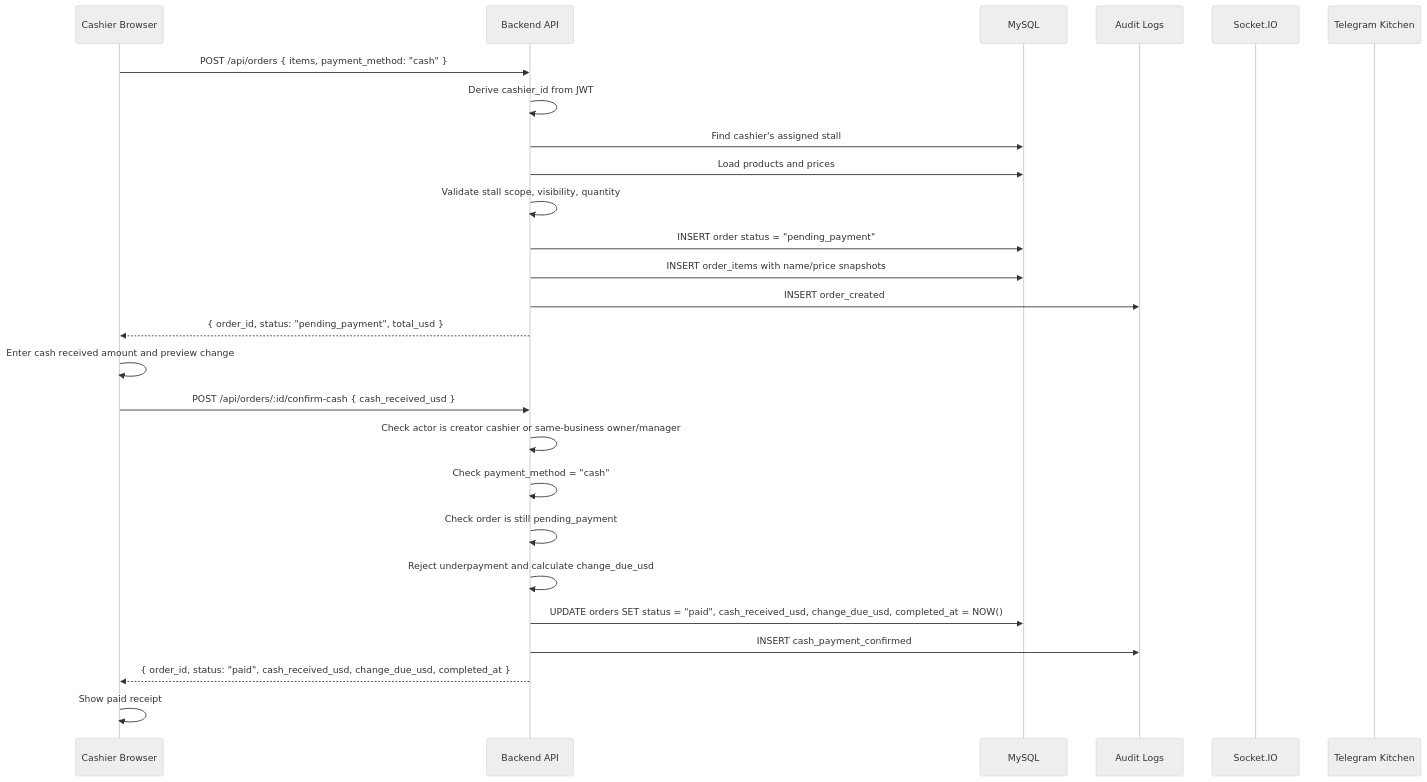
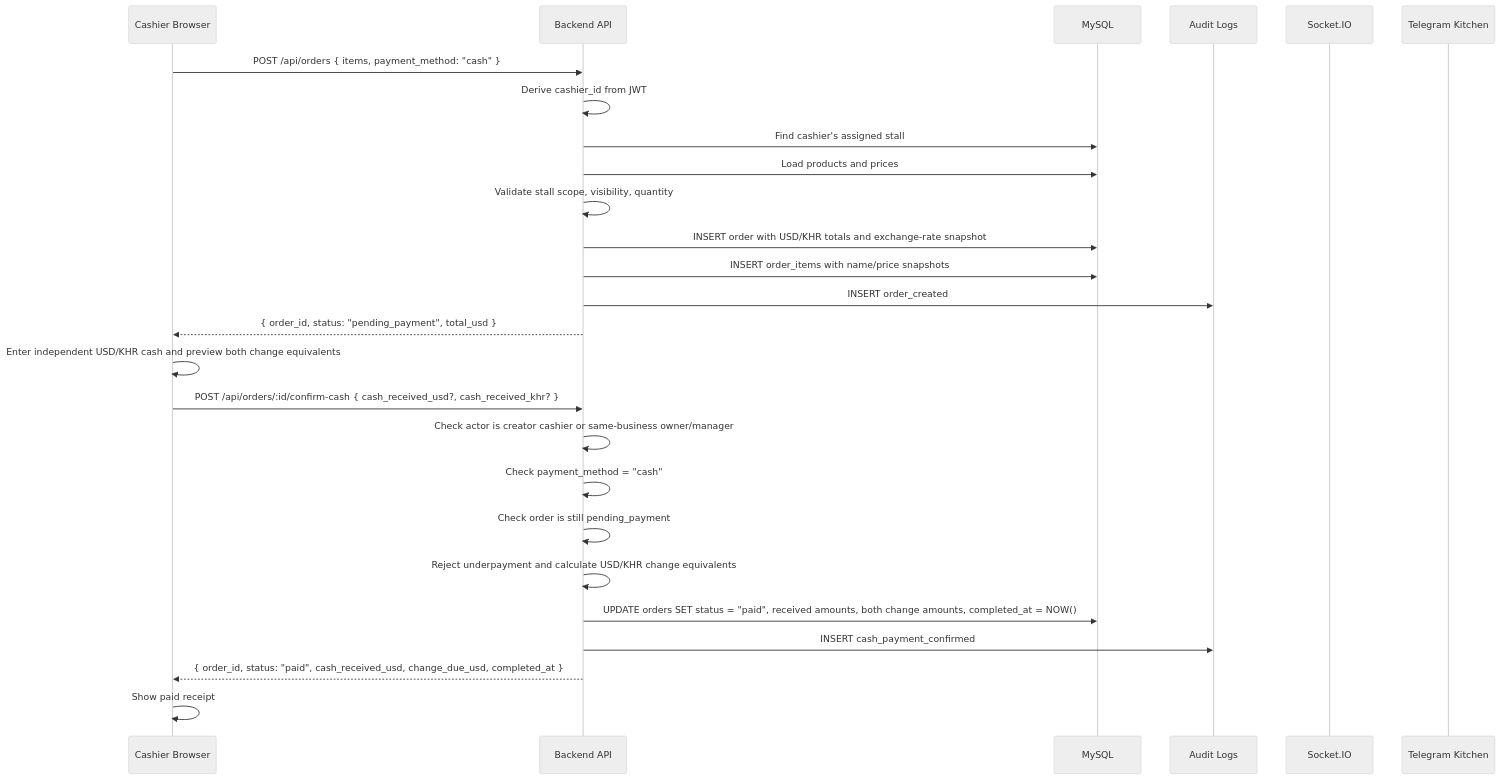
Before and after one commit to sothyvan/TOUB_POS: the first of 2 diagrams in docs/design/payment-flow.md, drawn with Mermaid (neutral theme). The commit also changed other lines of this file and 56 other files, not shown here.

````diff
--- a/docs/design/payment-flow.md
+++ b/docs/design/payment-flow.md
@@ -21,30 +21,30 @@
 ```mermaid
 sequenceDiagram
     participant C as Cashier Browser
     participant API as Backend API
     participant DB as MySQL
     participant AUD as Audit Logs
     participant WS as Socket.IO
     participant TG as Telegram Kitchen
 
     C->>API: POST /api/orders { items, payment_method: "cash" }
     API->>API: Derive cashier_id from JWT
     API->>DB: Find cashier's assigned stall
     API->>DB: Load products and prices
     API->>API: Validate stall scope, visibility, quantity
-    API->>DB: INSERT order status = "pending_payment"
+    API->>DB: INSERT order with USD/KHR totals and exchange-rate snapshot
     API->>DB: INSERT order_items with name/price snapshots
     API->>AUD: INSERT order_created
     API-->>C: { order_id, status: "pending_payment", total_usd }
 
-    C->>C: Enter cash received amount and preview change
-    C->>API: POST /api/orders/:id/confirm-cash { cash_received_usd }
+    C->>C: Enter independent USD/KHR cash and preview both change equivalents
+    C->>API: POST /api/orders/:id/confirm-cash { cash_received_usd?, cash_received_khr? }
     API->>API: Check actor is creator cashier or same-business owner/manager
     API->>API: Check payment_method = "cash"
     API->>API: Check order is still pending_payment
-    API->>API: Reject underpayment and calculate change_due_usd
-    API->>DB: UPDATE orders SET status = "paid", cash_received_usd, change_due_usd, completed_at = NOW()
+    API->>API: Reject underpayment and calculate USD/KHR change equivalents
+    API->>DB: UPDATE orders SET status = "paid", received amounts, both change amounts, completed_at = NOW()
     API->>AUD: INSERT cash_payment_confirmed
     API-->>C: { order_id, status: "paid", cash_received_usd, change_due_usd, completed_at }
     C->>C: Show paid receipt
 ```
````
